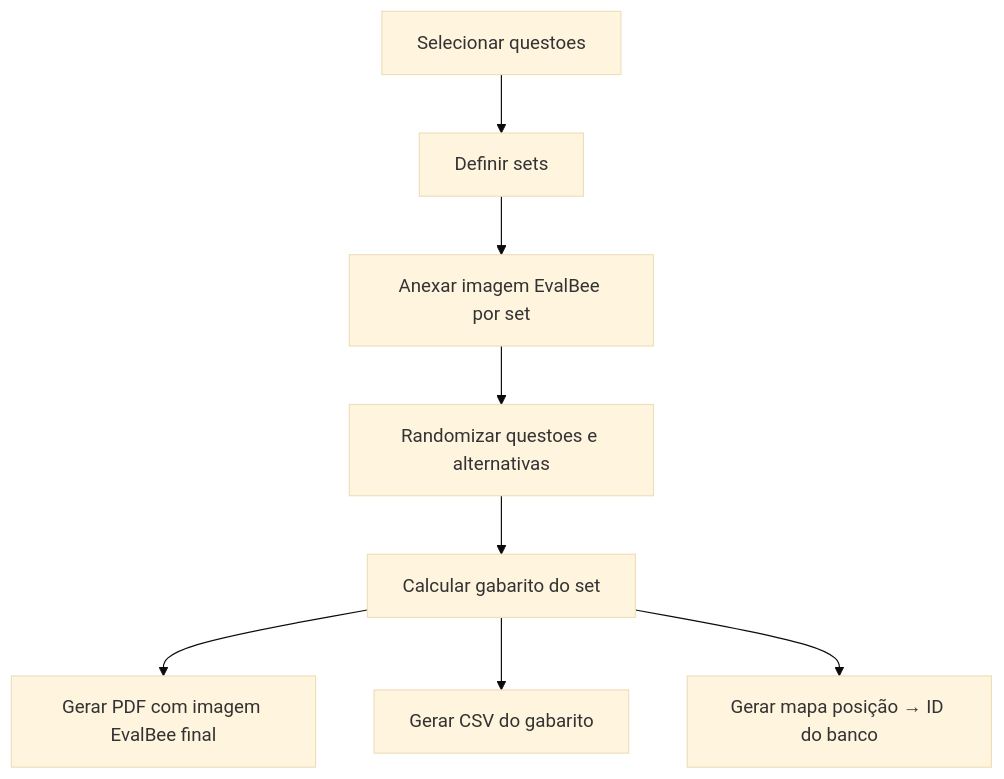
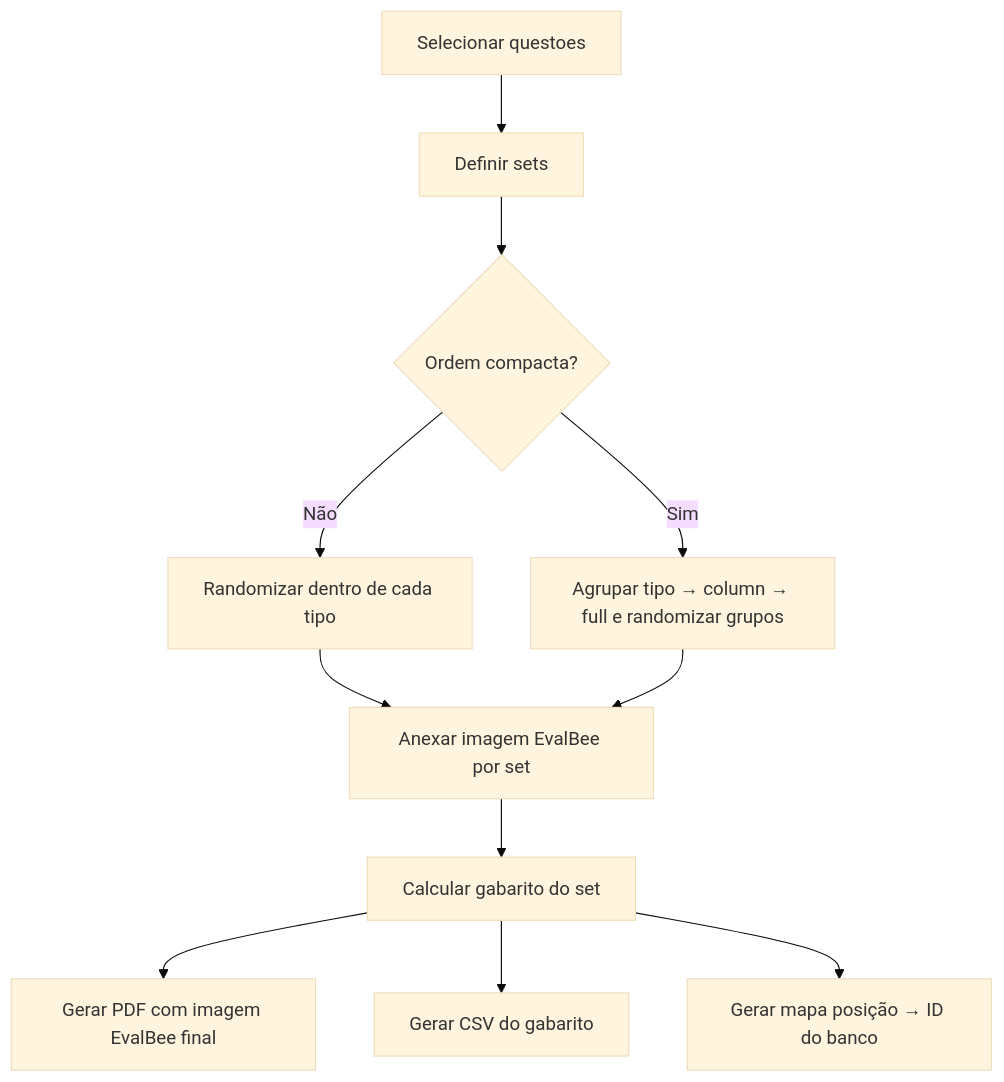
Before and after one commit to Eronponce/UniFil-Exams: the diagram in docs/EXPORTS_EVALBEE.md, drawn with Mermaid (base theme). The commit also changed other lines of this file and 18 other files, not shown here.

Commit message:
feat: adicionar ordem compacta na montagem

````diff
--- a/docs/EXPORTS_EVALBEE.md
+++ b/docs/EXPORTS_EVALBEE.md
@@ -81,10 +88,13 @@
 ```mermaid
 flowchart TD
     Select[Selecionar questoes] --> Sets[Definir sets]
-    Sets --> EvalBee[Anexar imagem EvalBee por set]
-    EvalBee --> Shuffle[Randomizar questoes e alternativas]
-    Shuffle --> Key[Calcular gabarito do set]
+    Sets --> Order{Ordem compacta?}
+    Order -->|Não| Shuffle[Randomizar dentro de cada tipo]
+    Order -->|Sim| Compact[Agrupar tipo → column → full e randomizar grupos]
+    Shuffle --> EvalBee[Anexar imagem EvalBee por set]
+    Compact --> EvalBee
+    EvalBee --> Key[Calcular gabarito do set]
     Key --> PDF[Gerar PDF com imagem EvalBee final]
     Key --> CSV[Gerar CSV do gabarito]
     Key --> Trace[Gerar mapa posição → ID do banco]
 ```
````
